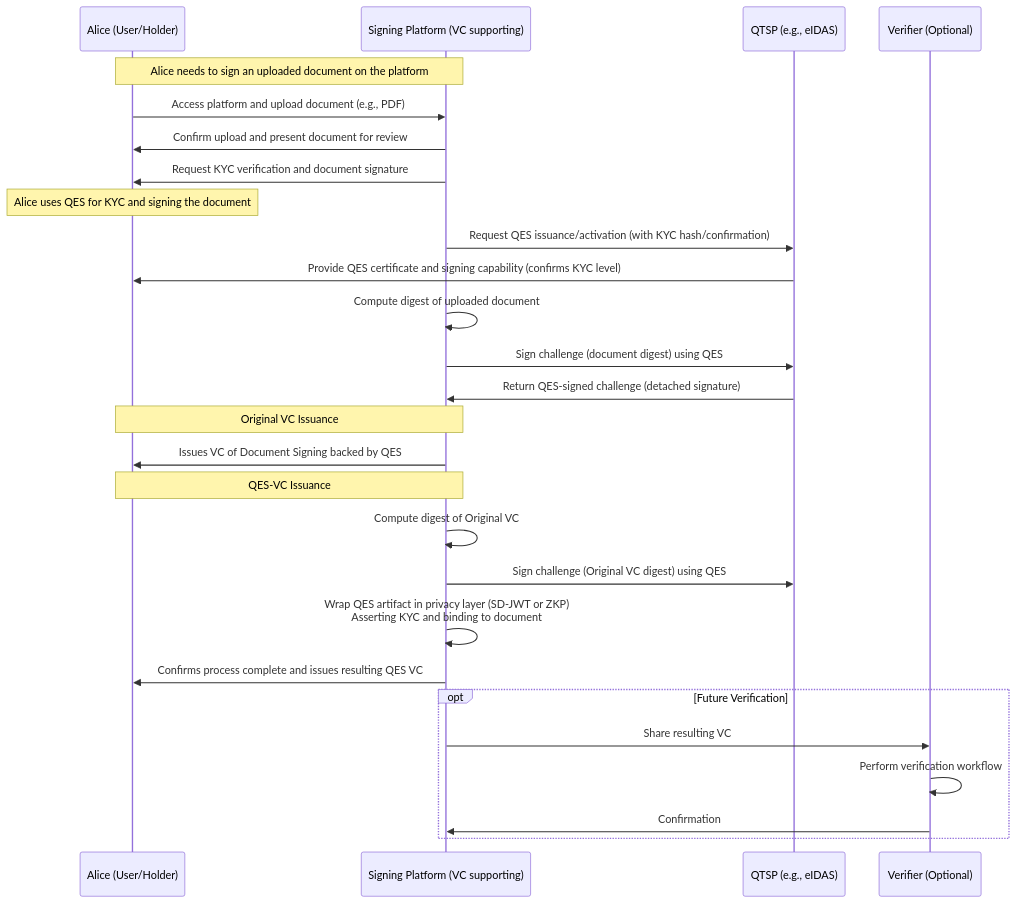
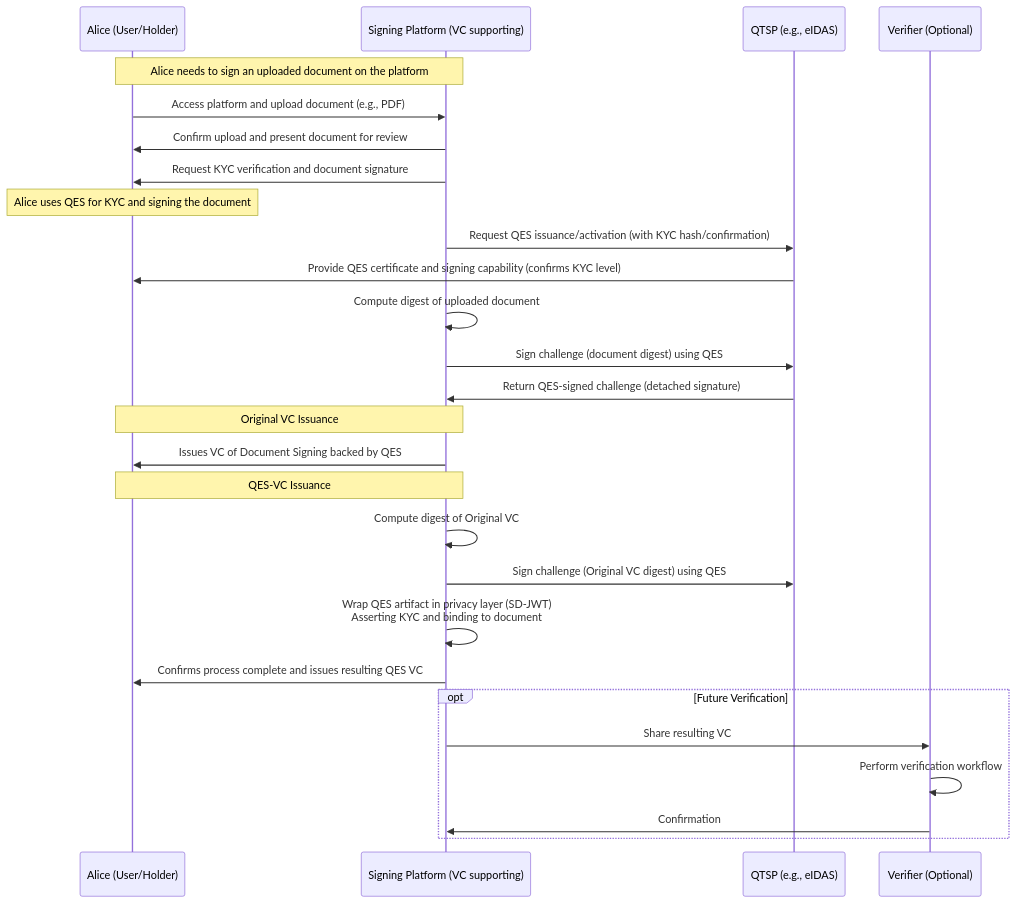
Before and after one commit to decentralized-identity/labs-legally-binding-proof-of-personhood-for-verifiable-credentials: the diagram in spec/spec.md, drawn with Mermaid. The commit also changed other lines of this file, not shown here.

Commit message:
fix(cleanup): removed ZKP references from example and section

````diff
--- a/spec/spec.md
+++ b/spec/spec.md
@@ -127,37 +127,37 @@
 ```mermaid
 sequenceDiagram
     participant Alice as Alice (User/Holder)
     participant Platform as Signing Platform (VC supporting)
     participant QESProvider as QTSP (e.g., eIDAS)
     participant Verifier as Verifier (Optional)
 
     Note over Alice,Platform: Alice needs to sign an uploaded document on the platform
 
     Alice->>Platform: Access platform and upload document (e.g., PDF)
     Platform->>Alice: Confirm upload and present document for review
     Platform->>Alice: Request KYC verification and document signature
 
     Note over Alice: Alice uses QES for KYC and signing the document
 
     Platform->>QESProvider: Request QES issuance/activation (with KYC hash/confirmation)
     QESProvider->>Alice: Provide QES certificate and signing capability (confirms KYC level)
 
     Platform->>Platform: Compute digest of uploaded document
     Platform->>QESProvider: Sign challenge (document digest) using QES
     QESProvider->>Platform: Return QES-signed challenge (detached signature)
 
     Note over Alice,Platform: Original VC Issuance
     Platform->>Alice: Issues VC of Document Signing backed by QES
 
     Note over Alice,Platform: QES-VC Issuance
     Platform->>Platform: Compute digest of Original VC
     Platform->>QESProvider: Sign challenge (Original VC digest) using QES
-    Platform->>Platform: Wrap QES artifact in privacy layer (SD-JWT or ZKP)<br>Asserting KYC and binding to document
+    Platform->>Platform: Wrap QES artifact in privacy layer (SD-JWT)<br>Asserting KYC and binding to document
     Platform->>Alice: Confirms process complete and issues resulting QES VC
 
     opt Future Verification
         Platform->>Verifier: Share resulting VC
         Verifier->>Verifier: Perform verification workflow
         Verifier->>Platform: Confirmation
     end
 ```
````
